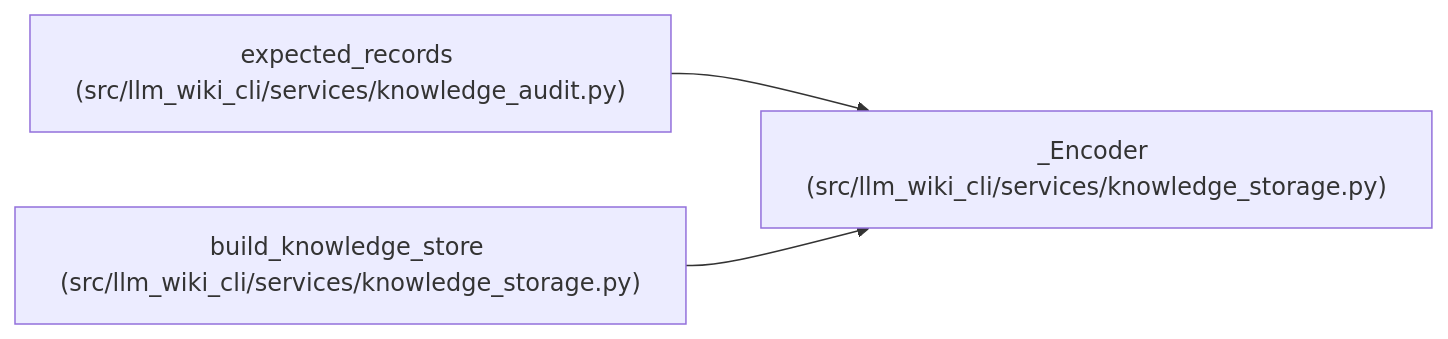
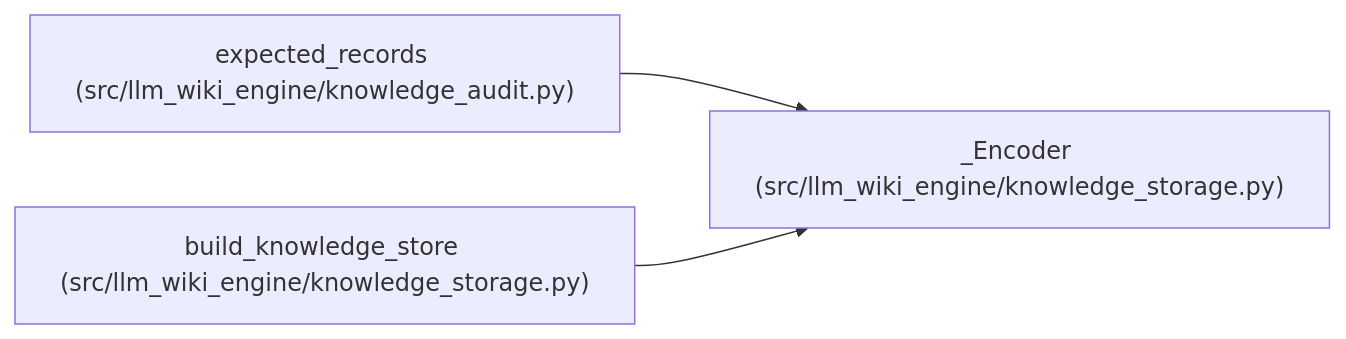
One commit to Denissvgn/python-wiki-llm changed the diagram in docs/llm_wiki/entities/Encoder.md. Above: the diagram before and after it, drawn with Mermaid. The commit also changed other lines of this file and 1058 other files, not shown here.

First line of the commit message:
docs: refresh the wiki for the knowledge store move

````diff
--- a/docs/llm_wiki/entities/Encoder.md
+++ b/docs/llm_wiki/entities/Encoder.md
@@ -26,11 +26,11 @@
 ```mermaid
 flowchart LR
-    n0["_Encoder (src/llm_wiki_cli/services/knowledge_storage.py)"]
-    n1["expected_records (src/llm_wiki_cli/services/knowledge_audit.py)"]
-    n2["build_knowledge_store (src/llm_wiki_cli/services/knowledge_storage.py)"]
+    n0["_Encoder (src/llm_wiki_engine/knowledge_storage.py)"]
+    n1["expected_records (src/llm_wiki_engine/knowledge_audit.py)"]
+    n2["build_knowledge_store (src/llm_wiki_engine/knowledge_storage.py)"]
     n1 --> n0
     n2 --> n0
     click n0 "../modules/knowledge_storage.md"
     click n1 "../modules/knowledge_audit.md"
     click n2 "../modules/knowledge_storage.md"
 ```
````
